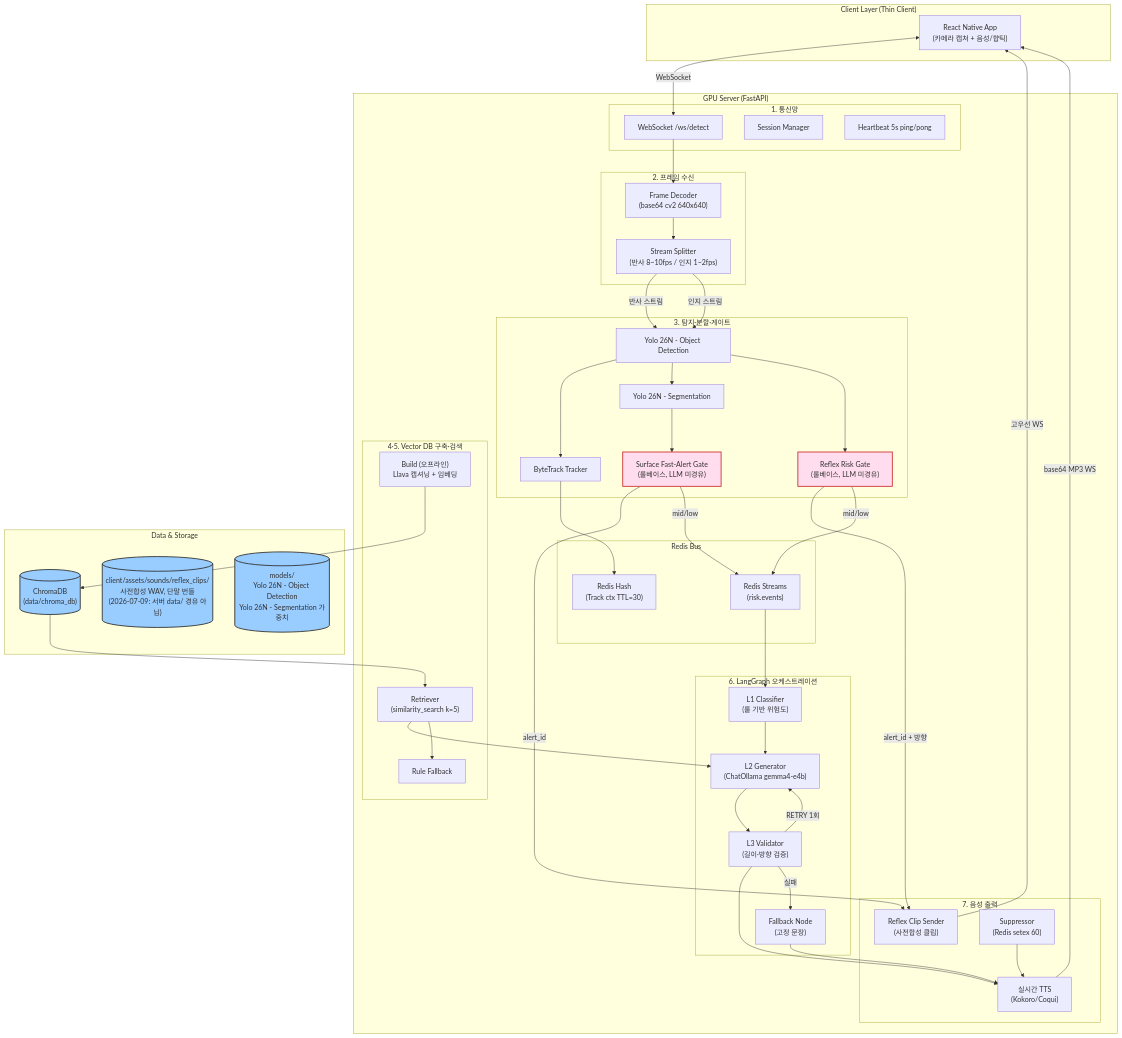
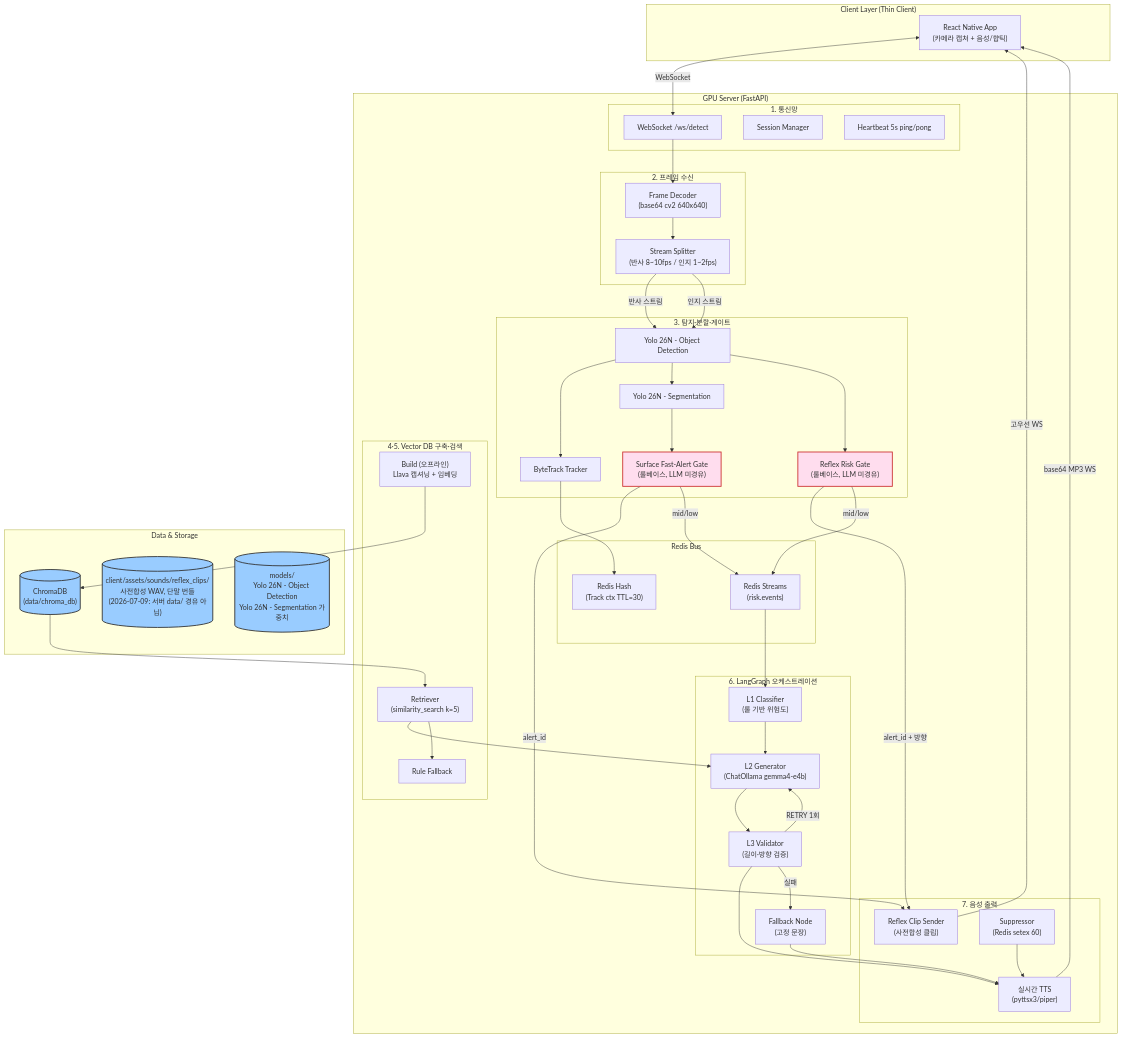
The first of 2 diagrams in docs/design/architecture.md (Groog-sudo/Minchodan), drawn with Mermaid before and after one commit. The commit also changed other lines of this file and 3 other files, not shown here.

```diff
--- a/docs/design/architecture.md
+++ b/docs/design/architecture.md
@@ -88,7 +88,7 @@
         end
 
         subgraph TTS ["7. 음성 출력"]
-            RealtimeTTS["실시간 TTS<br/>(Kokoro/Coqui)"]
+            RealtimeTTS["실시간 TTS<br/>(pyttsx3/piper)"]
             ClipSender["Reflex Clip Sender<br/>(사전합성 클립)"]
             Suppressor["Suppressor<br/>(Redis setex 60)"]
         end
```
